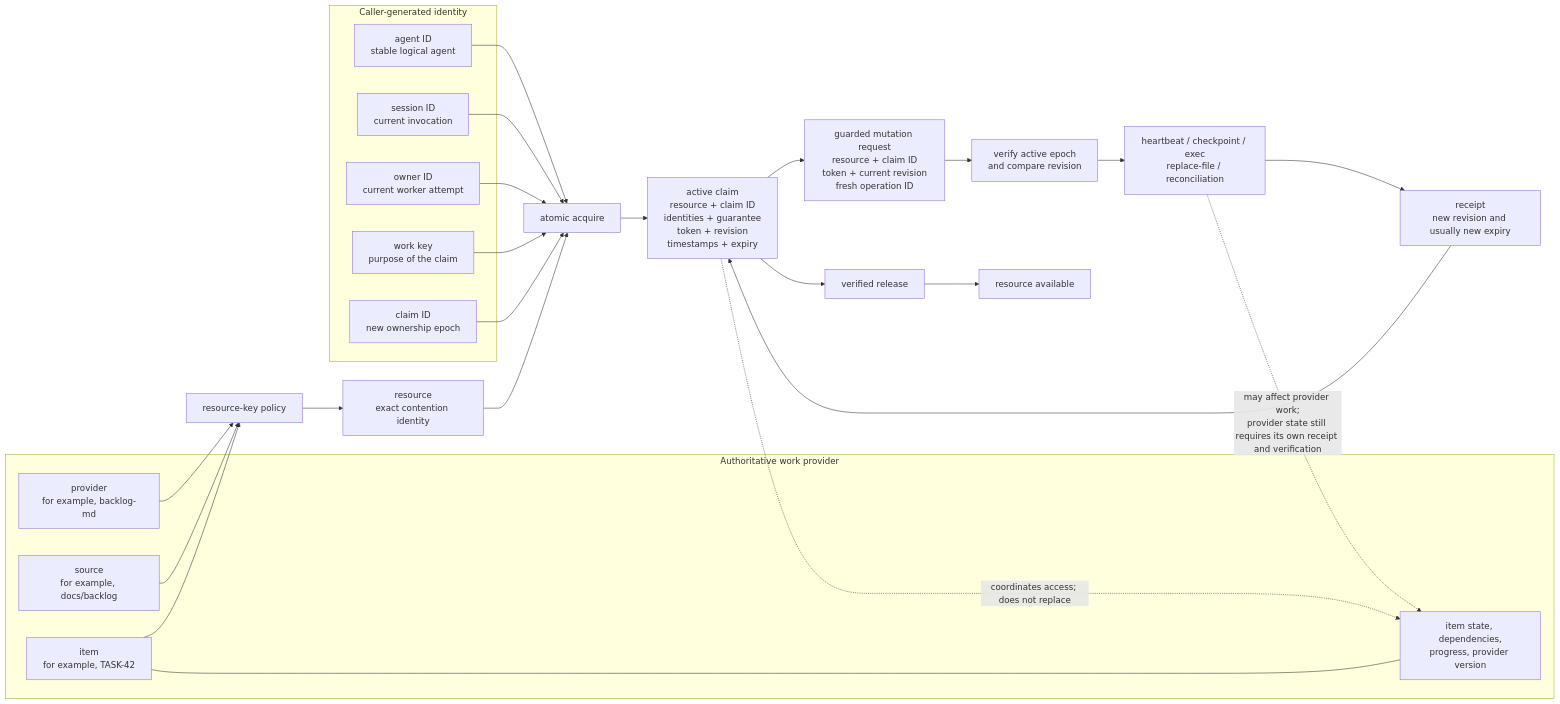
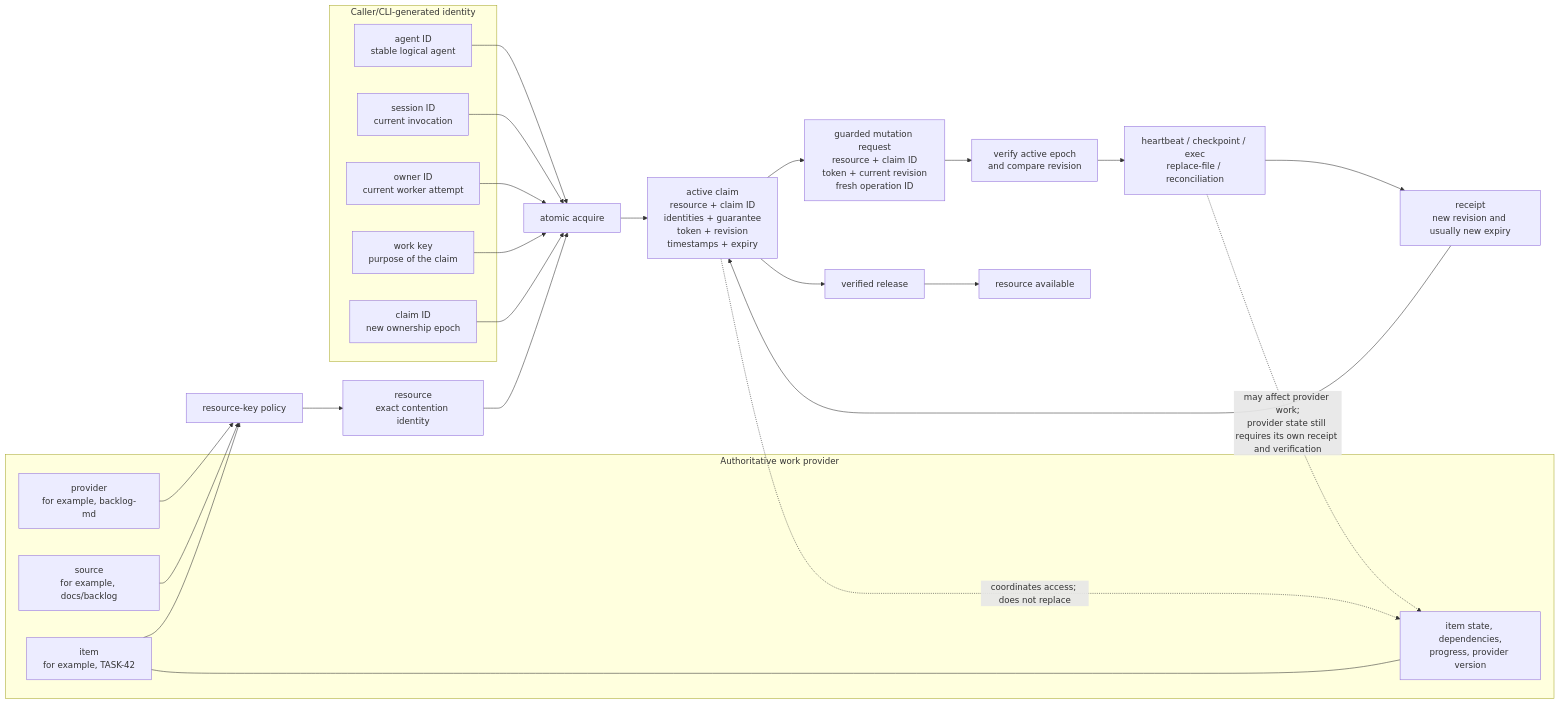
One commit to brettinternet/worklease changed the first of 3 diagrams in docs/claim-model.md. Above: the diagram before and after it, drawn with Mermaid. The commit also changed other lines of this file and 8 other files, not shown here.

````diff
--- a/docs/claim-model.md
+++ b/docs/claim-model.md
@@ -20,43 +20,43 @@
 ```mermaid
 flowchart LR
     subgraph Provider["Authoritative work provider"]
         P["provider<br/>for example, backlog-md"]
         S["source<br/>for example, docs/backlog"]
         I["item<br/>for example, TASK-42"]
         PS["item state, dependencies,<br/>progress, provider version"]
     end
 
     P --> K["resource-key policy"]
     S --> K
     I --> K
     I --- PS
     K --> R["resource<br/>exact contention identity"]
 
-    subgraph Caller["Caller-generated identity"]
+    subgraph Caller["Caller/CLI-generated identity"]
         A["agent ID<br/>stable logical agent"]
         SE["session ID<br/>current invocation"]
         O["owner ID<br/>current worker attempt"]
         W["work key<br/>purpose of the claim"]
         CI["claim ID<br/>new ownership epoch"]
     end
 
     R --> ACQ["atomic acquire"]
     A --> ACQ
     SE --> ACQ
     O --> ACQ
     W --> ACQ
     CI --> ACQ
 
     ACQ --> C["active claim<br/>resource + claim ID<br/>identities + guarantee<br/>token + revision<br/>timestamps + expiry"]
 
     C --> M["guarded mutation request<br/>resource + claim ID<br/>token + current revision<br/>fresh operation ID"]
     M --> V["verify active epoch<br/>and compare revision"]
     V --> X["heartbeat / checkpoint / exec<br/>replace-file / reconciliation"]
     X --> N["receipt<br/>new revision and usually new expiry"]
     N --> C
     C --> REL["verified release"]
     REL --> FREE["resource available"]
 
     C -. "coordinates access; does not replace" .-> PS
     X -. "may affect provider work;<br/>provider state still requires its own receipt and verification" .-> PS
 ```
````
